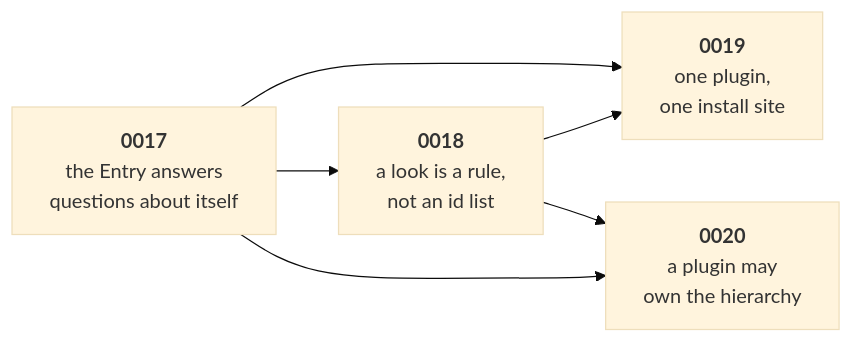
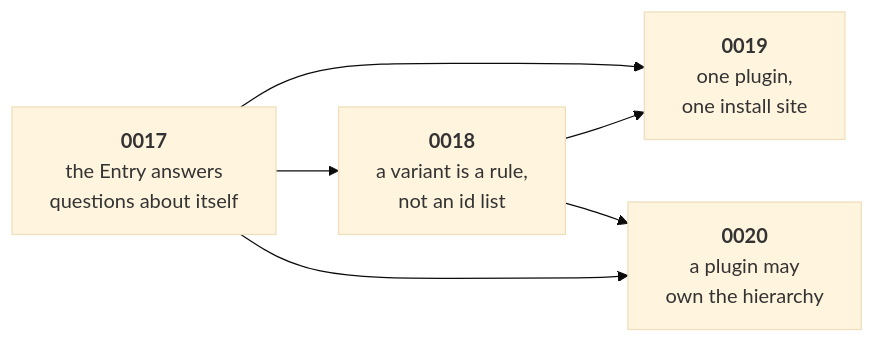
One commit to freegantt/freegantt changed the diagram in plans/row-redesign/README.md. Above: the diagram before and after it, drawn with Mermaid (base theme). The commit also changed other lines of this file and 9 other files, not shown here.

````diff
--- a/plans/row-redesign/README.md
+++ b/plans/row-redesign/README.md
@@ -9,8 +9,8 @@
 ```mermaid
 flowchart LR
-  H["<b>0017</b><br/>the Entry answers<br/>questions about itself"] --> L["<b>0018</b><br/>a look is a rule,<br/>not an id list"]
+  H["<b>0017</b><br/>the Entry answers<br/>questions about itself"] --> L["<b>0018</b><br/>a variant is a rule,<br/>not an id list"]
   H --> P["<b>0019</b><br/>one plugin,<br/>one install site"]
   L --> P
   L --> T["<b>0020</b><br/>a plugin may<br/>own the hierarchy"]
   H --> T
 ```
````
